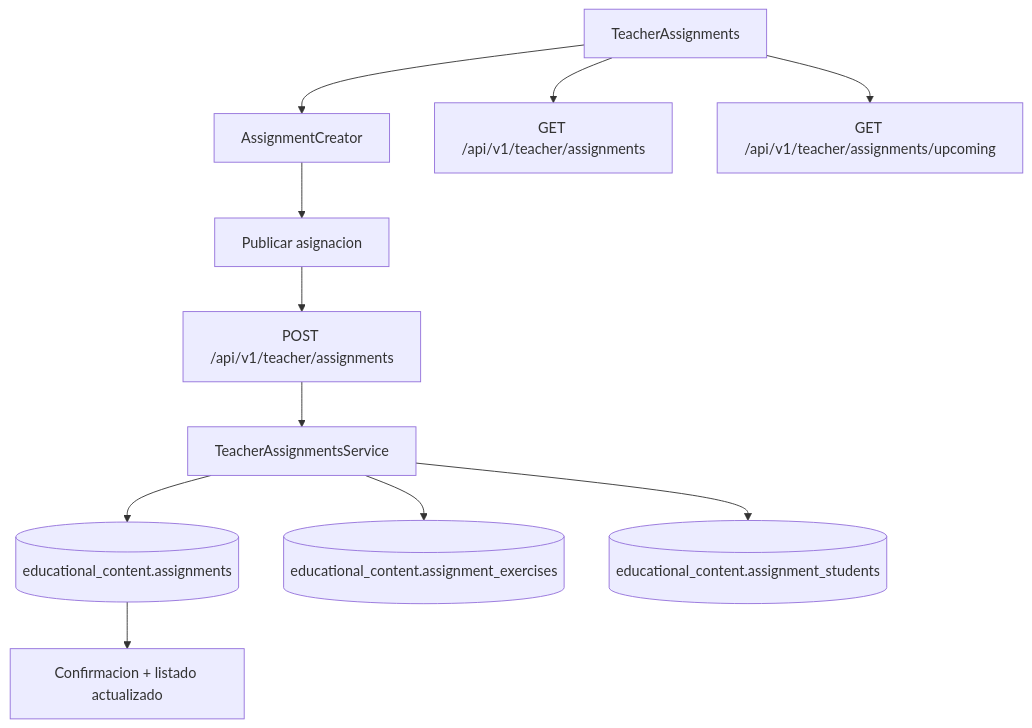
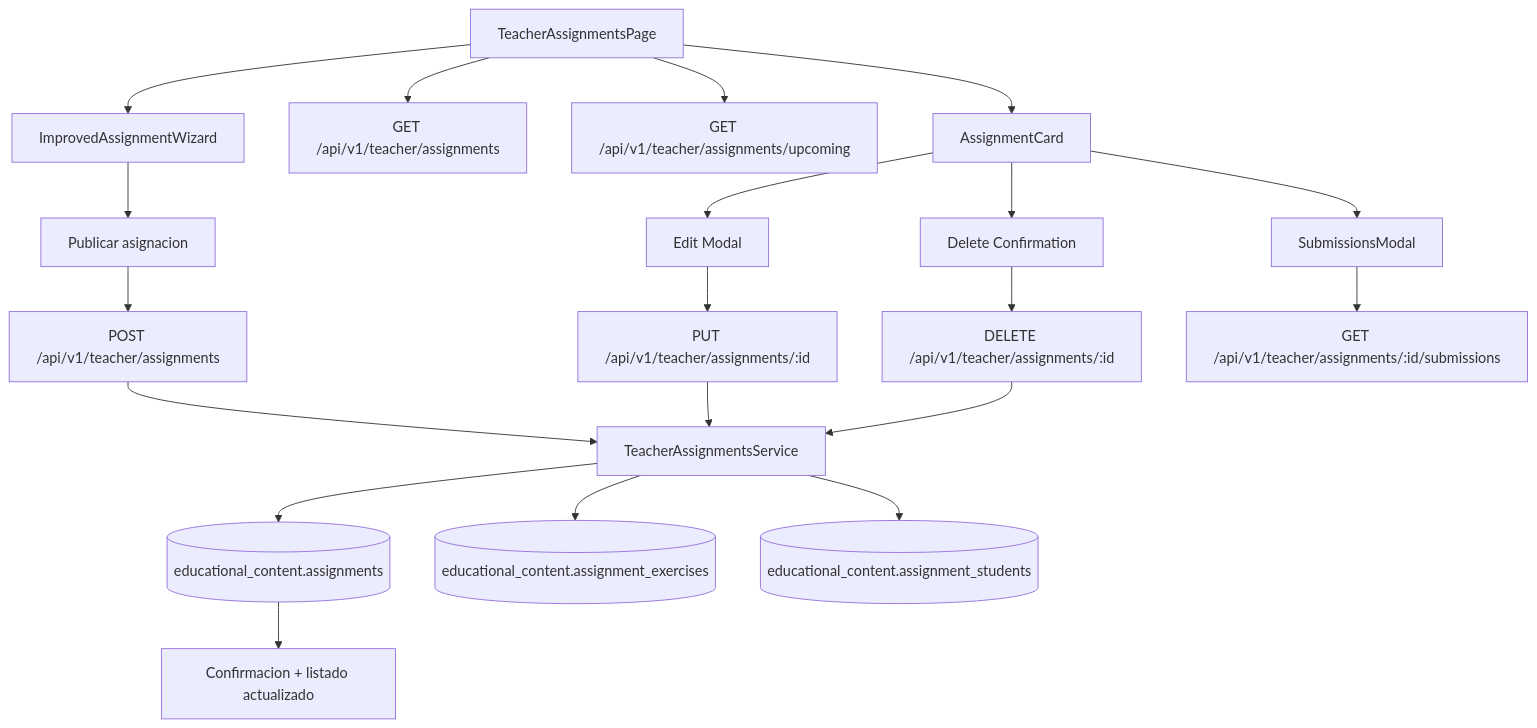
Before and after one commit to rckrdmrd/gamilit-workspace: the diagram in docs/30-ux-ui/flujos/teacher/FLUJO-ASIGNACIONES-CLASE.md, drawn with Mermaid. The commit also changed other lines of this file and 535 other files, not shown here.

````diff
--- a/docs/30-ux-ui/flujos/teacher/FLUJO-ASIGNACIONES-CLASE.md
+++ b/docs/30-ux-ui/flujos/teacher/FLUJO-ASIGNACIONES-CLASE.md
@@ -25,13 +25,22 @@
 ```mermaid
 flowchart TD
-    page[TeacherAssignments] --> creator[AssignmentCreator]
-    creator --> publish[Publicar asignacion]
+    page[TeacherAssignmentsPage] --> wizard[ImprovedAssignmentWizard]
+    wizard --> publish[Publicar asignacion]
     publish --> apiCreate[POST /api/v1/teacher/assignments]
     apiCreate --> service[TeacherAssignmentsService]
     service --> dbAssign[(educational_content.assignments)]
     service --> dbExercises[(educational_content.assignment_exercises)]
     service --> dbStudents[(educational_content.assignment_students)]
     dbAssign --> ui[Confirmacion + listado actualizado]
     page --> apiList[GET /api/v1/teacher/assignments]
     page --> apiUpcoming[GET /api/v1/teacher/assignments/upcoming]
+    page --> card[AssignmentCard]
+    card --> editModal[Edit Modal]
+    editModal --> apiUpdate[PUT /api/v1/teacher/assignments/:id]
+    apiUpdate --> service
+    card --> deleteConfirm[Delete Confirmation]
+    deleteConfirm --> apiDelete[DELETE /api/v1/teacher/assignments/:id]
+    apiDelete --> service
+    card --> submissions[SubmissionsModal]
+    submissions --> apiSubmissions[GET /api/v1/teacher/assignments/:id/submissions]
 ```
````
